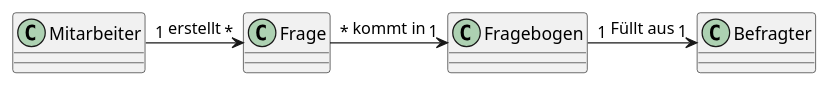
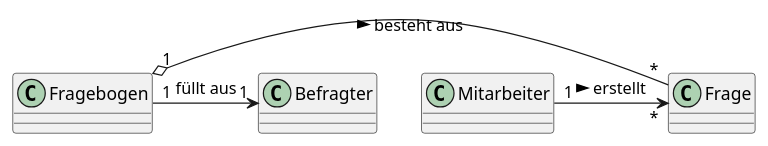
Before and after one commit to 1920-3ahif-syp/01-project-prposal-MrUnnormal: the first of 3 diagrams in pflichtenheft.adoc, drawn with PlantUML. The commit also changed other lines of this file, not shown here.

Commit message:
UML added, CLD changed

```diff
--- a/pflichtenheft.adoc
+++ b/pflichtenheft.adoc
@@ -33,8 +37,8 @@
 [plantuml,, svg]
 ....
 @startuml
-Mitarbeiter "1" -> "*" Frage: erstellt
-Frage "*" -down> "1" Fragebogen: kommt in
-Fragebogen "1" -down> "1" Befragter:Füllt aus
+Mitarbeiter "1" -> "*" Frage: erstellt >
+Frage "*" -left-o "1" Fragebogen: besteht aus <
+Fragebogen "1" -down> "1" Befragter:füllt aus
 @enduml
 ....
```
